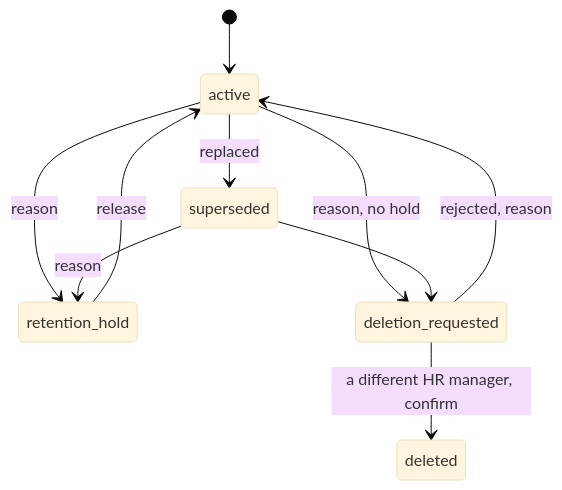
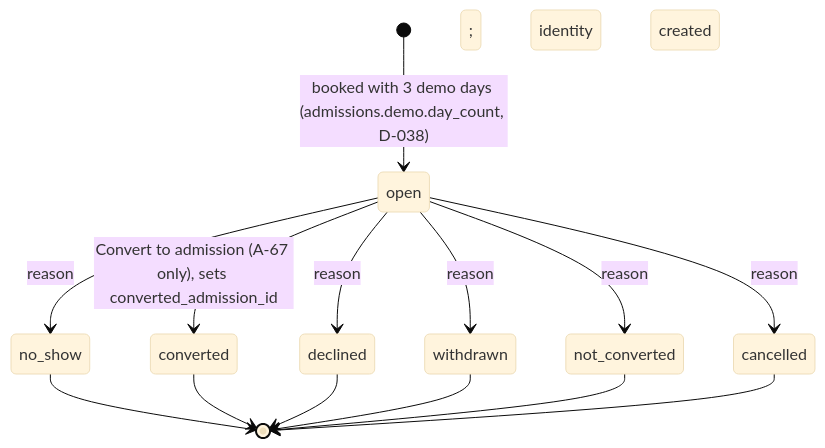
The fourth of 17 diagrams in apps/business-ops-os/docs/WORKFLOWS.md (team832/Elevate-OS), drawn with Mermaid (base theme) before and after one commit. The commit also changed other lines of this file and 773 other files, not shown here.

````diff
--- a/apps/business-ops-os/docs/WORKFLOWS.md
+++ b/apps/business-ops-os/docs/WORKFLOWS.md
@@ -87,12 +69,16 @@
 ```mermaid
 stateDiagram-v2
-  [*] --> active
-  active --> superseded: replaced
-  active --> retention_hold: reason
-  superseded --> retention_hold: reason
-  retention_hold --> active: release
-  active --> deletion_requested: reason, no hold
-  superseded --> deletion_requested
-  deletion_requested --> deleted: a different HR manager, confirm
-  deletion_requested --> active: rejected, reason
+  [*] --> open: booked with 3 demo days (admissions.demo.day_count, D-038); identity created
+  open --> converted: Convert to admission (A-67 only), sets converted_admission_id
+  open --> declined: reason
+  open --> withdrawn: reason
+  open --> not_converted: reason
+  open --> cancelled: reason
+  open --> no_show: reason
+  no_show --> [*]
+  converted --> [*]
+  declined --> [*]
+  withdrawn --> [*]
+  not_converted --> [*]
+  cancelled --> [*]
 ```
````
